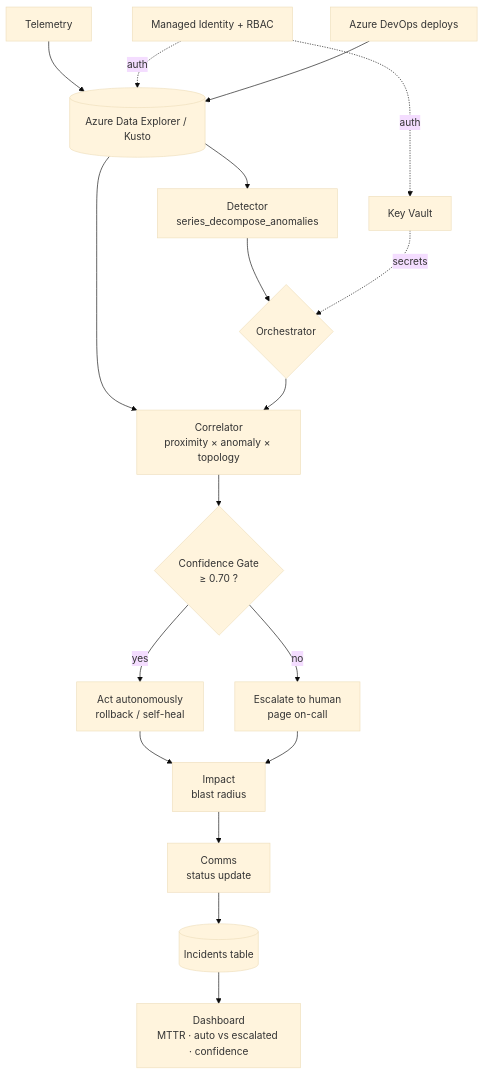
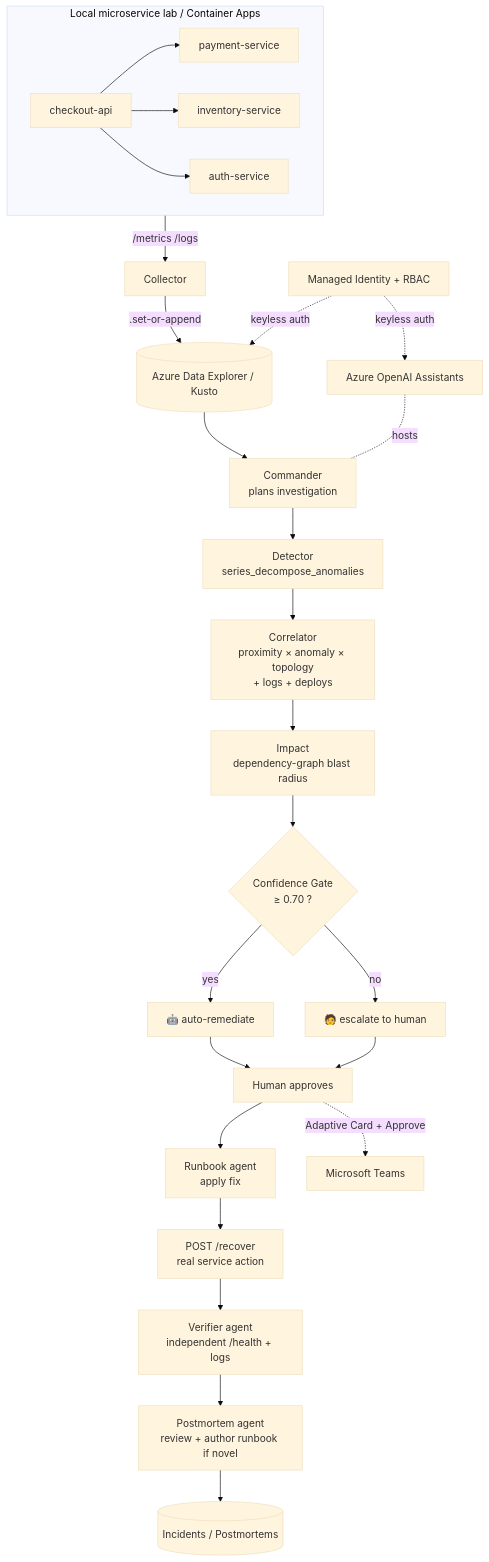
The diagram in docs/architecture.md (parammadan/cre-copilot), drawn with Mermaid (base theme) before and after one commit. The commit also changed other lines of this file and 3 other files, not shown here.

First line of the commit message:
docs: rewrite README + architecture for the current system

````diff
--- a/docs/architecture.md
+++ b/docs/architecture.md
@@ -4,21 +4,30 @@
 ```mermaid
 flowchart TD
-    T[Telemetry] --> ADX[(Azure Data Explorer / Kusto)]
-    ADX --> DET[Detector<br/>series_decompose_anomalies]
-    DET --> ORCH{Orchestrator}
-    ADX --> COR[Correlator<br/>proximity × anomaly × topology]
-    ORCH --> COR
-    COR --> GATE{Confidence Gate<br/>≥ 0.70 ?}
-    GATE -- yes --> ACT[Act autonomously<br/>rollback / self-heal]
-    GATE -- no --> ESC[Escalate to human<br/>page on-call]
-    ACT --> IMP[Impact<br/>blast radius]
-    ESC --> IMP
-    IMP --> COM[Comms<br/>status update]
-    COM --> INC[(Incidents table)]
-    INC --> DASH[Dashboard<br/>MTTR · auto vs escalated · confidence]
+    subgraph LAB[Local microservice lab / Container Apps]
+      CO[checkout-api] --> PAY[payment-service]
+      CO --> INV[inventory-service]
+      CO --> AUTH[auth-service]
+    end
+    LAB -->|/metrics /logs| COLL[Collector]
+    COLL -->|.set-or-append| ADX[(Azure Data Explorer / Kusto)]
 
-    KV[Key Vault] -.secrets.-> ORCH
-    MI[Managed Identity + RBAC] -.auth.-> ADX
-    MI -.auth.-> KV
-    DEVOPS[Azure DevOps deploys] --> ADX
+    ADX --> CMD[Commander<br/>plans investigation]
+    CMD --> DET[Detector<br/>series_decompose_anomalies]
+    DET --> COR[Correlator<br/>proximity × anomaly × topology<br/>+ logs + deploys]
+    COR --> IMP[Impact<br/>dependency-graph blast radius]
+    IMP --> GATE{Confidence Gate<br/>≥ 0.70 ?}
+    GATE -- yes --> ACT[🤖 auto-remediate]
+    GATE -- no --> ESC[🧑 escalate to human]
+    ACT --> HUMAN[Human approves]
+    ESC --> HUMAN
+    HUMAN --> RB[Runbook agent<br/>apply fix]
+    RB --> REC[POST /recover<br/>real service action]
+    REC --> VER[Verifier agent<br/>independent /health + logs]
+    VER --> PM[Postmortem agent<br/>review + author runbook if novel]
+    PM --> INC[(Incidents / Postmortems)]
+
+    AOAI[Azure OpenAI Assistants] -.hosts.- CMD
+    MI[Managed Identity + RBAC] -.keyless auth.-> ADX
+    MI -.keyless auth.-> AOAI
+    HUMAN -.Adaptive Card + Approve.-> TEAMS[Microsoft Teams]
 ```
````
